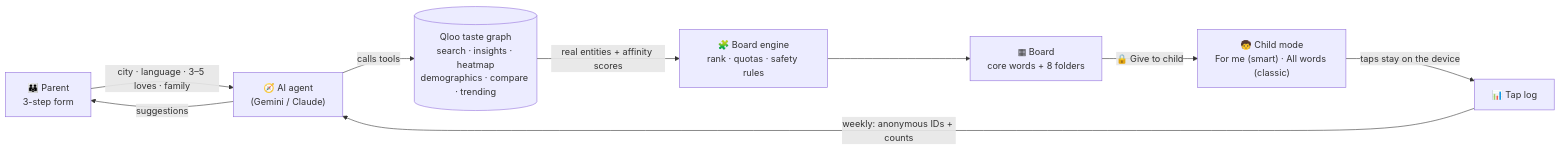
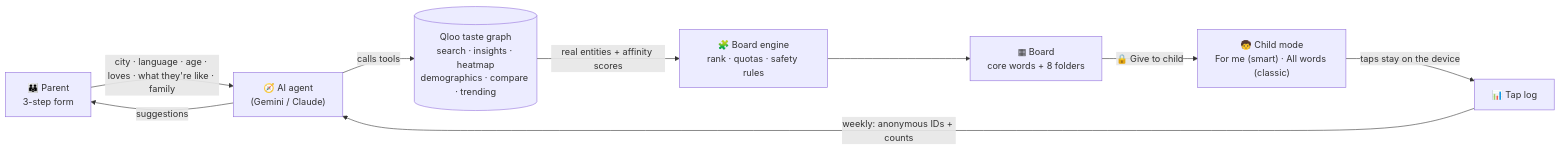
The first of 5 diagrams in docs/ARCHITECTURE.md (sonalverdtu/hometiles), drawn with Mermaid before and after one commit. The commit also changed other lines of this file and 2 other files, not shown here.

Commit message:
Docs: architecture, SRS v1.2 and Devpost updated for English default, temperament, age-aware safety screen, verified local snacks, child-lock and privacy changes; AI-alone vs Qloo results

````diff
--- a/docs/ARCHITECTURE.md
+++ b/docs/ARCHITECTURE.md
@@ -9,11 +11,11 @@
 ```mermaid
 flowchart LR
-    P["👪 Parent<br/>3-step form"] -->|"city · language · 3–5 loves · family"| A["🧭 AI agent<br/>(Gemini / Claude)"]
+    P["👪 Parent<br/>3-step form"] -->|"city · language · age · loves · what they're like · family"| A["🧭 AI agent<br/>(Gemini / Claude)"]
     A -->|"calls tools"| Q[("Qloo taste graph<br/>search · insights · heatmap<br/>demographics · compare · trending")]
     Q -->|"real entities + affinity scores"| E["🧩 Board engine<br/>rank · quotas · safety rules"]
     E --> B["▦ Board<br/>core words + 8 folders"]
     B -->|"🔒 Give to child"| C["🧒 Child mode<br/>For me (smart) · All words (classic)"]
     C -->|"taps stay on the device"| L["📊 Tap log"]
     L -->|"weekly: anonymous IDs + counts"| A
     A -->|"suggestions"| P
 ```
````
